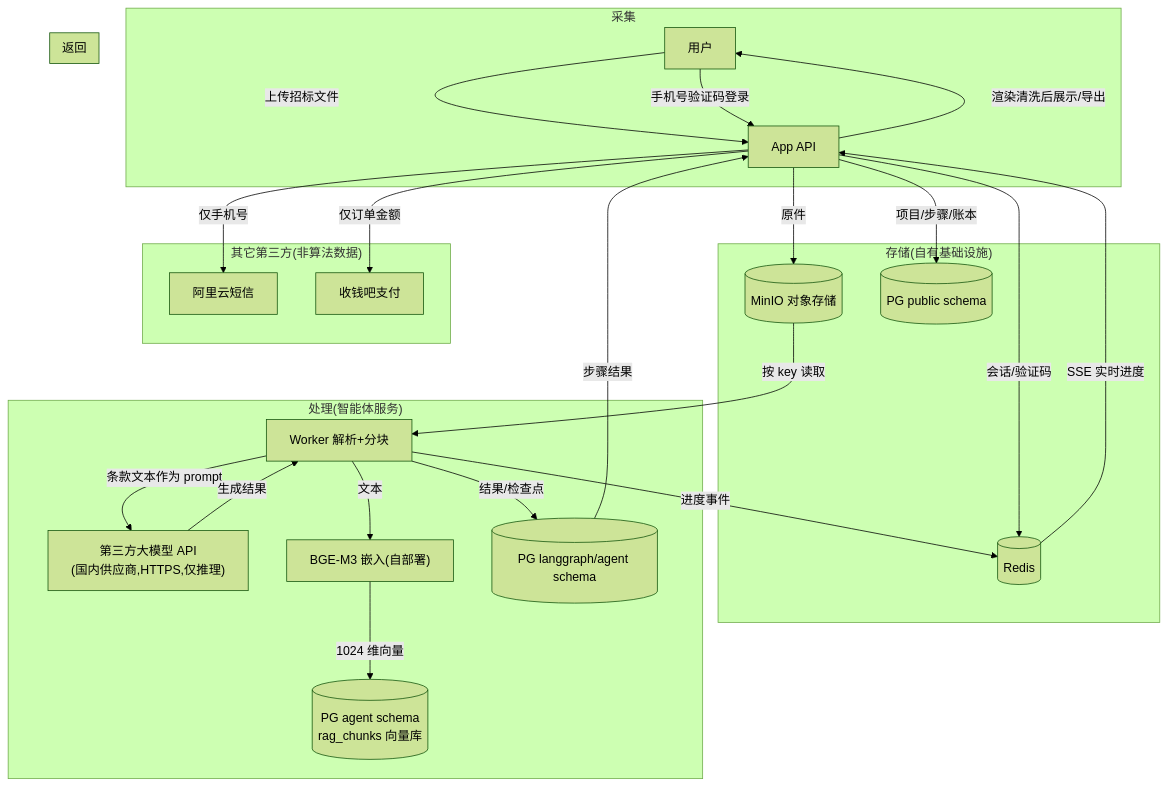
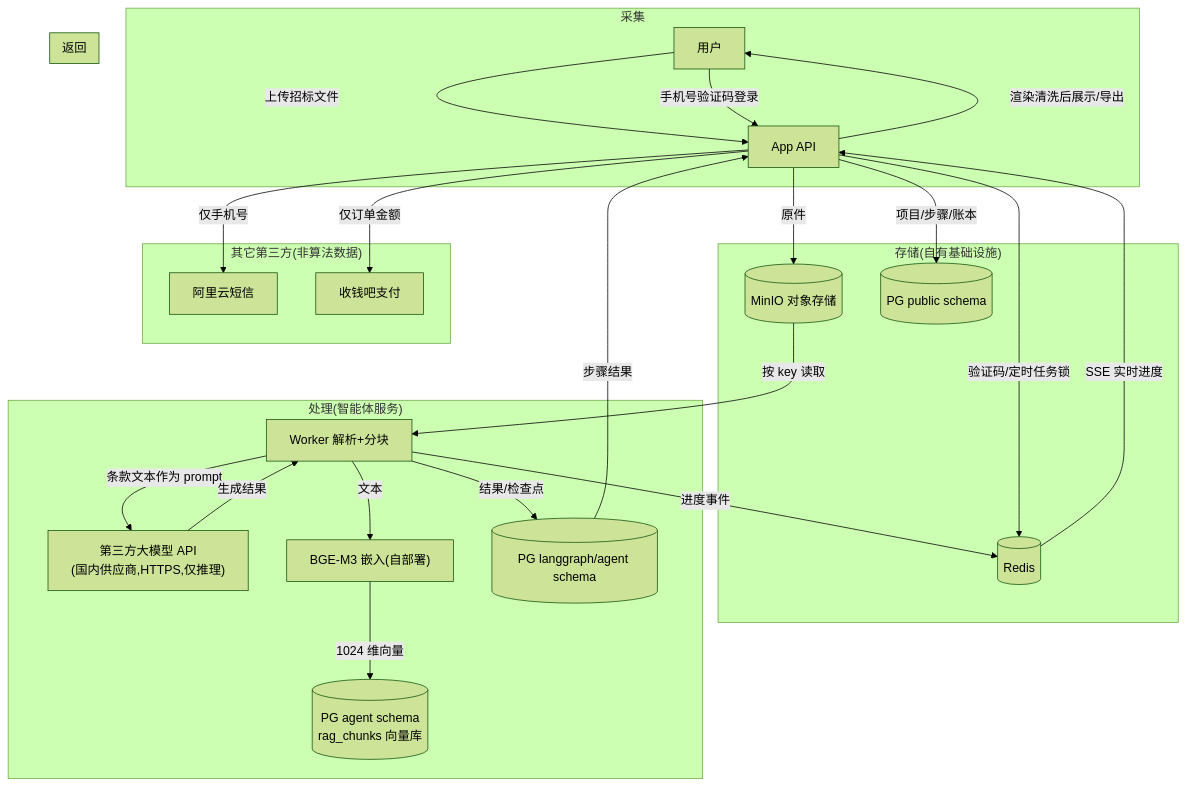
One commit to lookfree/Bid-Assistant changed the diagram in docs/算法备案/03-数据流向图.md. Above: the diagram before and after it, drawn with Mermaid (forest theme).

Commit message:
docs: fix data-flow diagram — sessions live in PG, not Redis

````diff
--- a/docs/算法备案/03-数据流向图.md
+++ b/docs/算法备案/03-数据流向图.md
@@ -5,34 +5,34 @@
 ```mermaid
 flowchart TB
     subgraph 采集
         U[用户] -->|上传招标文件| API[App API]
         U -->|手机号验证码登录| API
     end
 
     subgraph 存储["存储(自有基础设施)"]
         API -->|原件| MIO[(MinIO 对象存储)]
         API -->|项目/步骤/账本| PG1[(PG public schema)]
-        API -->|会话/验证码| RD[(Redis)]
+        API -->|验证码/定时任务锁| RD[(Redis)]
     end
 
     subgraph 处理["处理(智能体服务)"]
         MIO -->|按 key 读取| WRK[Worker 解析+分块]
         WRK -->|条款文本作为 prompt| LLM["第三方大模型 API<br/>(国内供应商,HTTPS,仅推理)"]
         LLM -->|生成结果| WRK
         WRK -->|文本| EMB["BGE-M3 嵌入(自部署)"]
         EMB -->|1024 维向量| PGV[(PG agent schema<br/>rag_chunks 向量库)]
         WRK -->|结果/检查点| PG2[(PG langgraph/agent schema)]
         WRK -->|进度事件| RD
     end
 
     subgraph 返回
         PG2 -->|步骤结果| API
         RD -->|SSE 实时进度| API
         API -->|渲染清洗后展示/导出| U
     end
 
     subgraph 第三方["其它第三方(非算法数据)"]
         API -->|仅手机号| SMS[阿里云短信]
         API -->|仅订单金额| PAY[收钱吧支付]
     end
 ```
````
